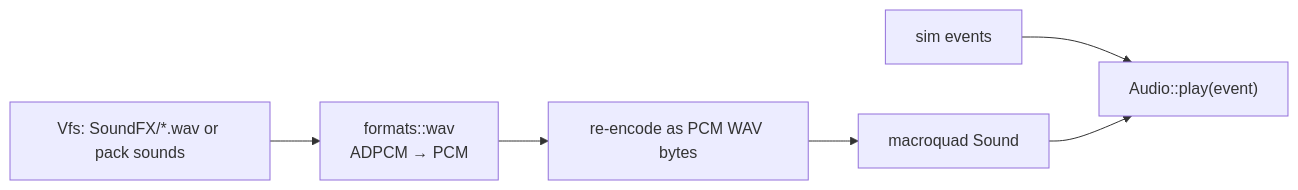
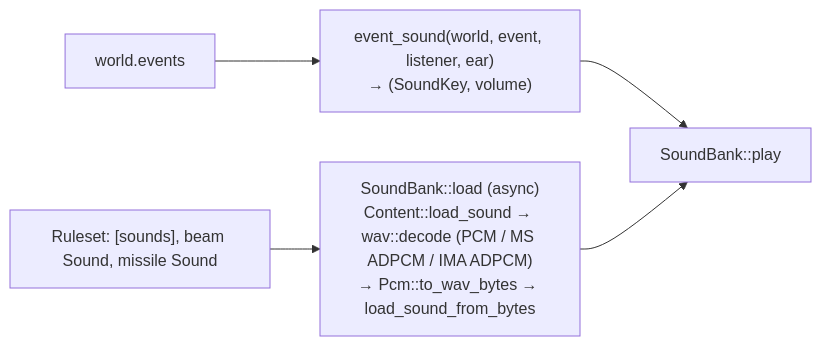
Before and after one commit to bbogovich/OpenInterceptor: the diagram in docs/architecture/audio.md, drawn with Mermaid. The commit also changed other lines of this file and 48 other files, not shown here.

````diff
--- a/docs/architecture/audio.md
+++ b/docs/architecture/audio.md
@@ -8,8 +8,7 @@
 ```mermaid
 flowchart LR
-    V["Vfs: SoundFX/*.wav or pack sounds"] --> W["formats::wav<br/>ADPCM → PCM"]
-    W --> E["re-encode as PCM WAV bytes"]
-    E --> S["macroquad Sound"]
-    EV["sim events"] --> P["Audio::play(event)"]
-    S --> P
+    R["Ruleset: [sounds], beam Sound, missile Sound"] --> L["SoundBank::load (async)<br/>Content::load_sound → wav::decode (PCM / MS ADPCM / IMA ADPCM)<br/>→ Pcm::to_wav_bytes → load_sound_from_bytes"]
+    EV["world.events"] --> ES["event_sound(world, event, listener, ear)<br/>→ (SoundKey, volume)"]
+    ES --> P["SoundBank::play"]
+    L --> P
 ```
````
